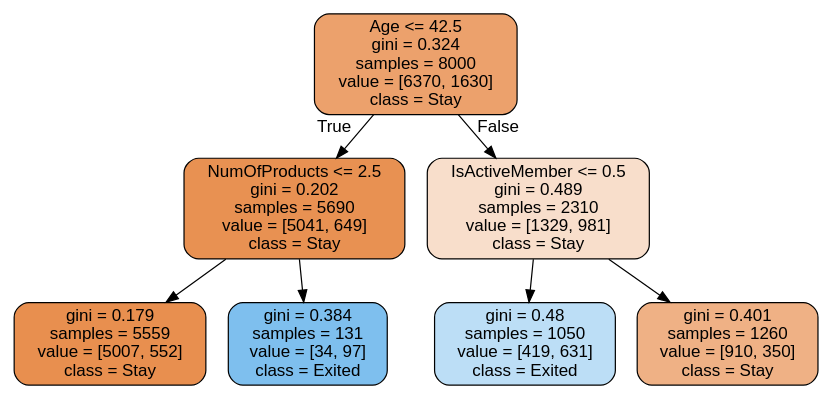
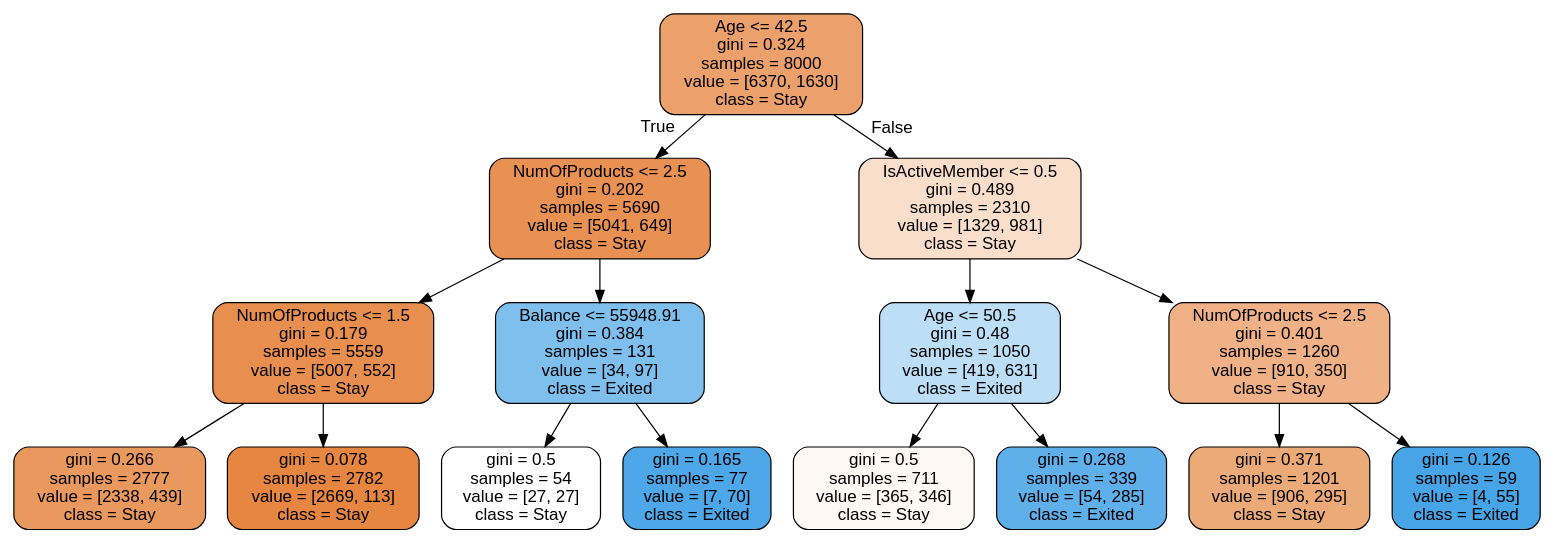
Before and after one commit to Jinyi-Liu/BZAN645: the diagram in HW3/images/decision_trees/classification_tree.dot, drawn with Graphviz. The commit also changed 3 other files, not shown here.

```diff
--- a/HW3/images/decision_trees/classification_tree.dot
+++ b/HW3/images/decision_trees/classification_tree.dot
@@ -1,17 +1,33 @@
 digraph Tree {
 node [shape=box, style="filled, rounded", color="black", fontname="helvetica"] ;
 edge [fontname="helvetica"] ;
 0 [label="Age <= 42.5\ngini = 0.324\nsamples = 8000\nvalue = [6370, 1630]\nclass = Stay", fillcolor="#eca16c"] ;
 1 [label="NumOfProducts <= 2.5\ngini = 0.202\nsamples = 5690\nvalue = [5041, 649]\nclass = Stay", fillcolor="#e89152"] ;
 0 -> 1 [labeldistance=2.5, labelangle=45, headlabel="True"] ;
-2 [label="gini = 0.179\nsamples = 5559\nvalue = [5007, 552]\nclass = Stay", fillcolor="#e88f4f"] ;
+2 [label="NumOfProducts <= 1.5\ngini = 0.179\nsamples = 5559\nvalue = [5007, 552]\nclass = Stay", fillcolor="#e88f4f"] ;
 1 -> 2 ;
-3 [label="gini = 0.384\nsamples = 131\nvalue = [34, 97]\nclass = Exited", fillcolor="#7ebfee"] ;
-1 -> 3 ;
-4 [label="IsActiveMember <= 0.5\ngini = 0.489\nsamples = 2310\nvalue = [1329, 981]\nclass = Stay", fillcolor="#f8decb"] ;
-0 -> 4 [labeldistance=2.5, labelangle=-45, headlabel="False"] ;
-5 [label="gini = 0.48\nsamples = 1050\nvalue = [419, 631]\nclass = Exited", fillcolor="#bcdef6"] ;
-4 -> 5 ;
-6 [label="gini = 0.401\nsamples = 1260\nvalue = [910, 350]\nclass = Stay", fillcolor="#efb185"] ;
-4 -> 6 ;
+3 [label="gini = 0.266\nsamples = 2777\nvalue = [2338, 439]\nclass = Stay", fillcolor="#ea995e"] ;
+2 -> 3 ;
+4 [label="gini = 0.078\nsamples = 2782\nvalue = [2669, 113]\nclass = Stay", fillcolor="#e68641"] ;
+2 -> 4 ;
+5 [label="Balance <= 55948.91\ngini = 0.384\nsamples = 131\nvalue = [34, 97]\nclass = Exited", fillcolor="#7ebfee"] ;
+1 -> 5 ;
+6 [label="gini = 0.5\nsamples = 54\nvalue = [27, 27]\nclass = Stay", fillcolor="#ffffff"] ;
+5 -> 6 ;
+7 [label="gini = 0.165\nsamples = 77\nvalue = [7, 70]\nclass = Exited", fillcolor="#4da7e8"] ;
+5 -> 7 ;
+8 [label="IsActiveMember <= 0.5\ngini = 0.489\nsamples = 2310\nvalue = [1329, 981]\nclass = Stay", fillcolor="#f8decb"] ;
+0 -> 8 [labeldistance=2.5, labelangle=-45, headlabel="False"] ;
+9 [label="Age <= 50.5\ngini = 0.48\nsamples = 1050\nvalue = [419, 631]\nclass = Exited", fillcolor="#bcdef6"] ;
+8 -> 9 ;
+10 [label="gini = 0.5\nsamples = 711\nvalue = [365, 346]\nclass = Stay", fillcolor="#fef8f5"] ;
+9 -> 10 ;
+11 [label="gini = 0.268\nsamples = 339\nvalue = [54, 285]\nclass = Exited", fillcolor="#5fb0ea"] ;
+9 -> 11 ;
+12 [label="NumOfProducts <= 2.5\ngini = 0.401\nsamples = 1260\nvalue = [910, 350]\nclass = Stay", fillcolor="#efb185"] ;
+8 -> 12 ;
+13 [label="gini = 0.371\nsamples = 1201\nvalue = [906, 295]\nclass = Stay", fillcolor="#edaa79"] ;
+12 -> 13 ;
+14 [label="gini = 0.126\nsamples = 59\nvalue = [4, 55]\nclass = Exited", fillcolor="#47a4e7"] ;
+12 -> 14 ;
 }
```
